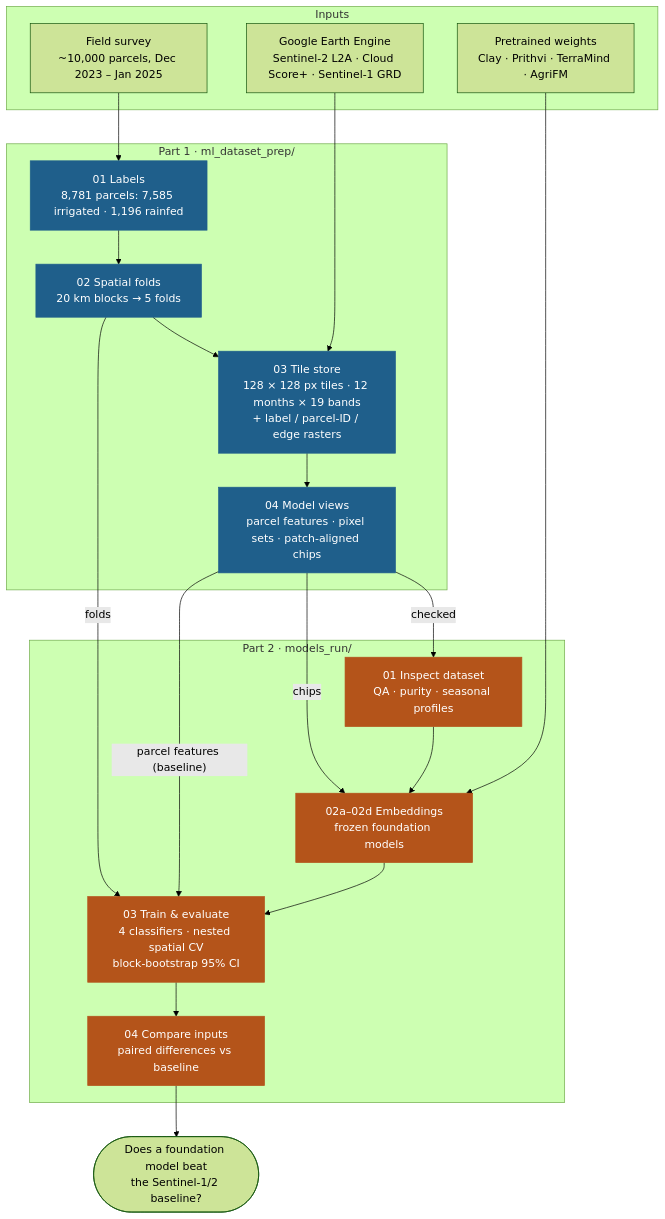
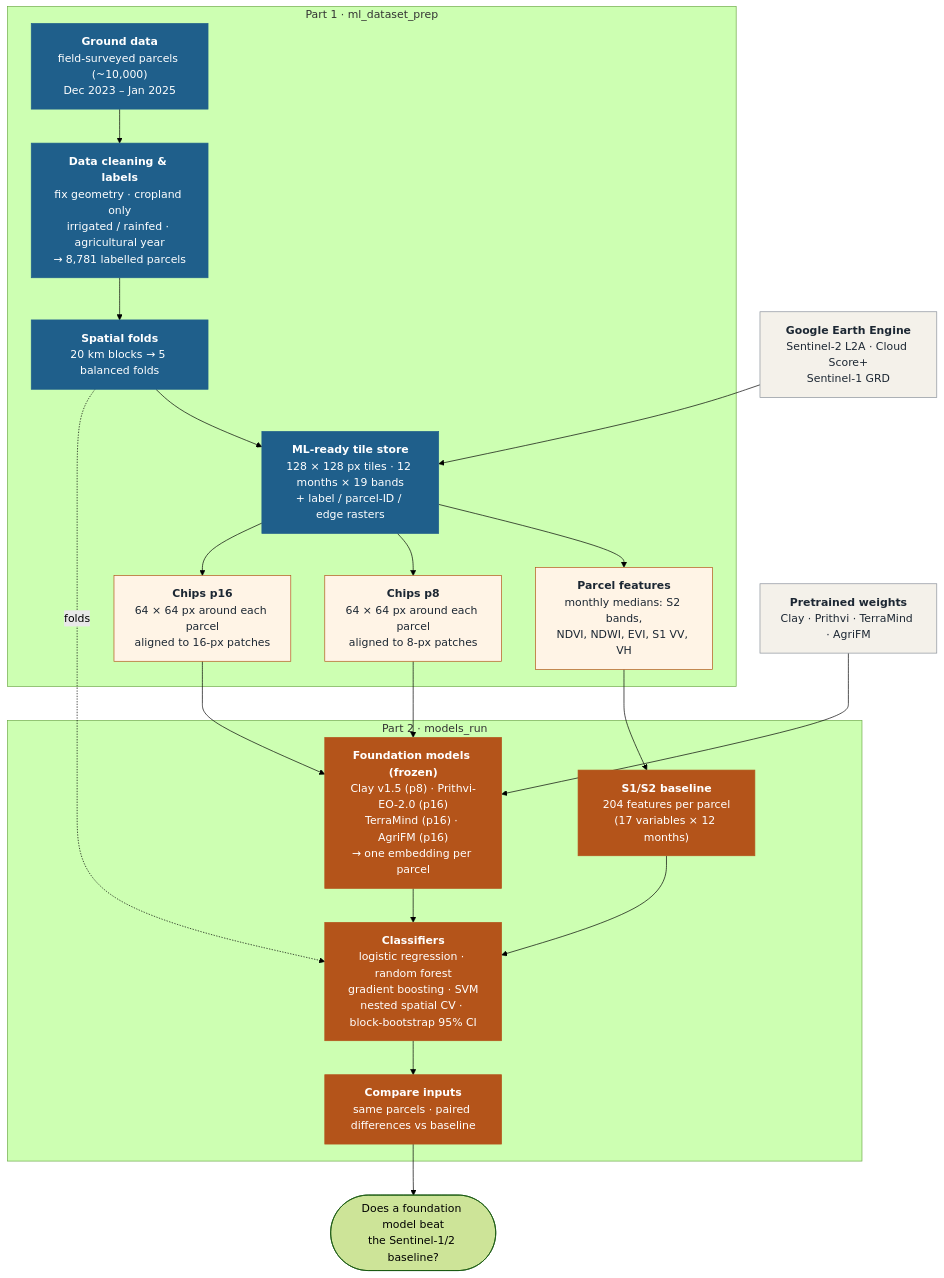
The diagram in README.md (amanchry/irrimapping-geofm), drawn with Mermaid (forest theme) before and after one commit. The commit also changed 2 other files, not shown here.

Commit message:
updated model training readme

````diff
--- a/README.md
+++ b/README.md
@@ -17,38 +17,44 @@
 ```mermaid
 flowchart TD
-    subgraph INPUTS["Inputs"]
-        FS["Field survey<br/>~10,000 parcels, Dec 2023 – Jan 2025"]
-        EE["Google Earth Engine<br/>Sentinel-2 L2A · Cloud Score+ · Sentinel-1 GRD"]
-        W["Pretrained weights<br/>Clay · Prithvi · TerraMind · AgriFM"]
+    subgraph P1["Part 1 · ml_dataset_prep"]
+        GT["<b>Ground data</b><br/>field-surveyed parcels (~10,000)<br/>Dec 2023 – Jan 2025"]
+        CL["<b>Data cleaning & labels</b><br/>fix geometry · cropland only<br/>irrigated / rainfed · agricultural year<br/>→ 8,781 labelled parcels"]
+        SF["<b>Spatial folds</b><br/>20 km blocks → 5 balanced folds"]
+        TS["<b>ML-ready tile store</b><br/>128 × 128 px tiles · 12 months × 19 bands<br/>+ label / parcel-ID / edge rasters"]
+        FE["<b>Parcel features</b><br/>monthly medians: S2 bands,<br/>NDVI, NDWI, EVI, S1 VV, VH"]
+        C8["<b>Chips p8</b><br/>64 × 64 px around each parcel<br/>aligned to 8-px patches"]
+        C16["<b>Chips p16</b><br/>64 × 64 px around each parcel<br/>aligned to 16-px patches"]
+        GT --> CL --> SF --> TS
+        TS --> FE
+        TS --> C8
+        TS --> C16
     end
 
-    subgraph P1["Part 1 · ml_dataset_prep/"]
-        L["01 Labels<br/>8,781 parcels: 7,585 irrigated · 1,196 rainfed"]
-        F["02 Spatial folds<br/>20 km blocks → 5 folds"]
-        T["03 Tile store<br/>128 × 128 px tiles · 12 months × 19 bands<br/>+ label / parcel-ID / edge rasters"]
-        V["04 Model views<br/>parcel features · pixel sets · patch-aligned chips"]
-        L --> F --> T --> V
+    EE["<b>Google Earth Engine</b><br/>Sentinel-2 L2A · Cloud Score+<br/>Sentinel-1 GRD"] --> TS
+
+    subgraph P2["Part 2 · models_run"]
+        BL["<b>S1/S2 baseline</b><br/>204 features per parcel<br/>(17 variables × 12 months)"]
+        FM["<b>Foundation models (frozen)</b><br/>Clay v1.5 (p8) · Prithvi-EO-2.0 (p16)<br/>TerraMind (p16) · AgriFM (p16)<br/>→ one embedding per parcel"]
+        CF["<b>Classifiers</b><br/>logistic regression · random forest<br/>gradient boosting · SVM<br/>nested spatial CV · block-bootstrap 95% CI"]
+        CM["<b>Compare inputs</b><br/>same parcels · paired differences vs baseline"]
+        BL --> CF
+        FM --> CF
+        CF --> CM
     end
 
-    subgraph P2["Part 2 · models_run/"]
-        I["01 Inspect dataset<br/>QA · purity · seasonal profiles"]
-        E["02a–02d Embeddings<br/>frozen foundation models"]
-        C["03 Train & evaluate<br/>4 classifiers · nested spatial CV<br/>block-bootstrap 95% CI"]
-        K["04 Compare inputs<br/>paired differences vs baseline"]
-        I --> E --> C --> K
-    end
-
-    FS --> L
-    EE --> T
-    V -->|"checked"| I
-    V -->|"chips"| E
-    V -->|"parcel features (baseline)"| C
-    F -->|"folds"| C
-    W --> E
-    K --> R(["Does a foundation model beat<br/>the Sentinel-1/2 baseline?"])
+    FE --> BL
+    C8 --> FM
+    C16 --> FM
+    W["<b>Pretrained weights</b><br/>Clay · Prithvi · TerraMind · AgriFM"] --> FM
+    SF -. "folds" .-> CF
+    CM --> R(["Does a foundation model beat<br/>the Sentinel-1/2 baseline?"])
 
     classDef part1 fill:#1F5F8B,color:#fff,stroke:#1F5F8B
+    classDef data fill:#FFF4E6,stroke:#B4541A,color:#1C2733
     classDef part2 fill:#B4541A,color:#fff,stroke:#B4541A
-    class L,F,T,V part1
-    class I,E,C,K part2
+    classDef ext fill:#F4F1EA,stroke:#8A919A,color:#1C2733
+    class GT,CL,SF,TS part1
+    class FE,C8,C16 data
+    class BL,FM,CF,CM part2
+    class EE,W ext
 ```
````
